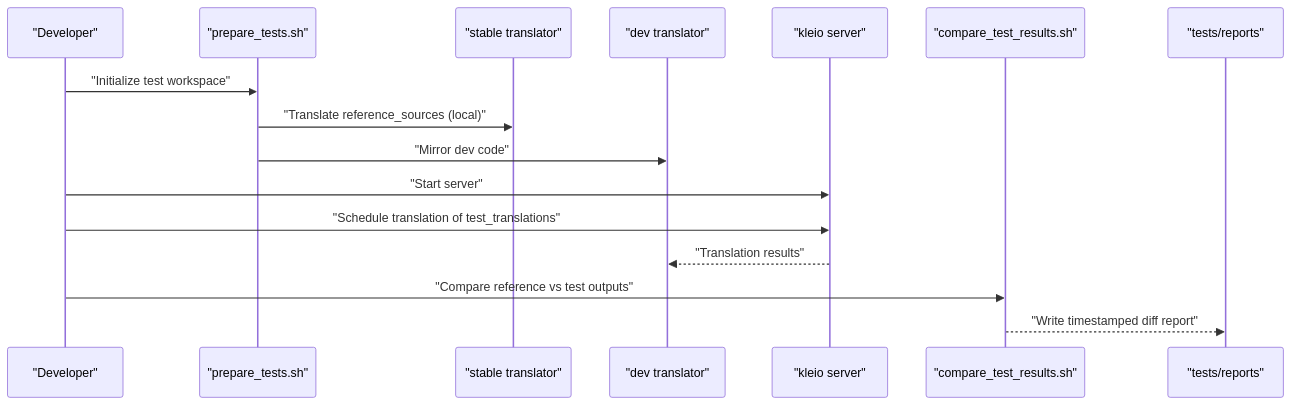
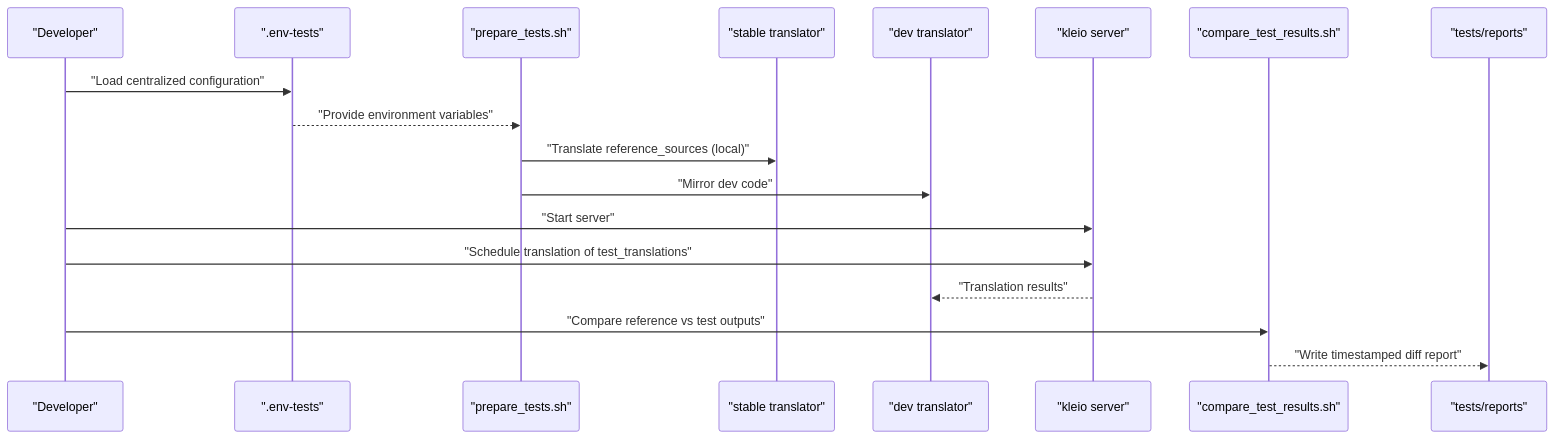
One commit to time-link/timelink-kleio changed the second of 6 diagrams in .qoder/repowiki/en/content/Testing Framework/Testing Framework.md. Above: the diagram before and after it, drawn with Mermaid. The commit also changed other lines of this file and 189 other files, not shown here.

````diff
--- a/.qoder/repowiki/en/content/Testing Framework/Testing Framework.md
+++ b/.qoder/repowiki/en/content/Testing Framework/Testing Framework.md
@@ -119,18 +142,20 @@
 ```mermaid
 sequenceDiagram
 participant Dev as "Developer"
+participant Env as ".env-tests"
 participant Prep as "prepare_tests.sh"
 participant Stable as "stable translator"
 participant DevCode as "dev translator"
 participant Remote as "kleio server"
 participant Diff as "compare_test_results.sh"
 participant Report as "tests/reports"
-Dev->>Prep : "Initialize test workspace"
+Dev->>Env : "Load centralized configuration"
+Env-->>Prep : "Provide environment variables"
 Prep->>Stable : "Translate reference_sources (local)"
 Prep->>DevCode : "Mirror dev code"
 Dev->>Remote : "Start server"
 Dev->>Remote : "Schedule translation of test_translations"
 Remote-->>DevCode : "Translation results"
 Dev->>Diff : "Compare reference vs test outputs"
 Diff-->>Report : "Write timestamped diff report"
 ```
````
